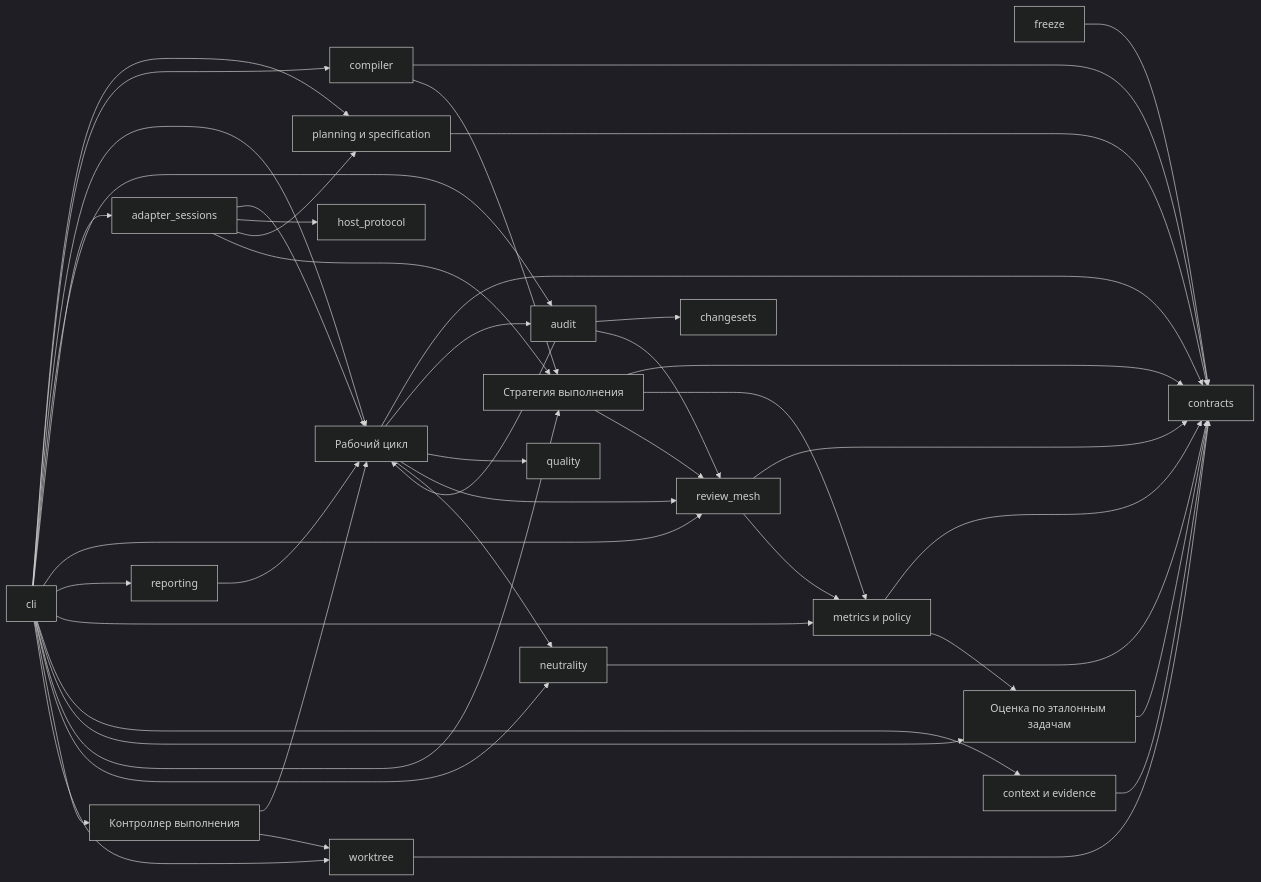
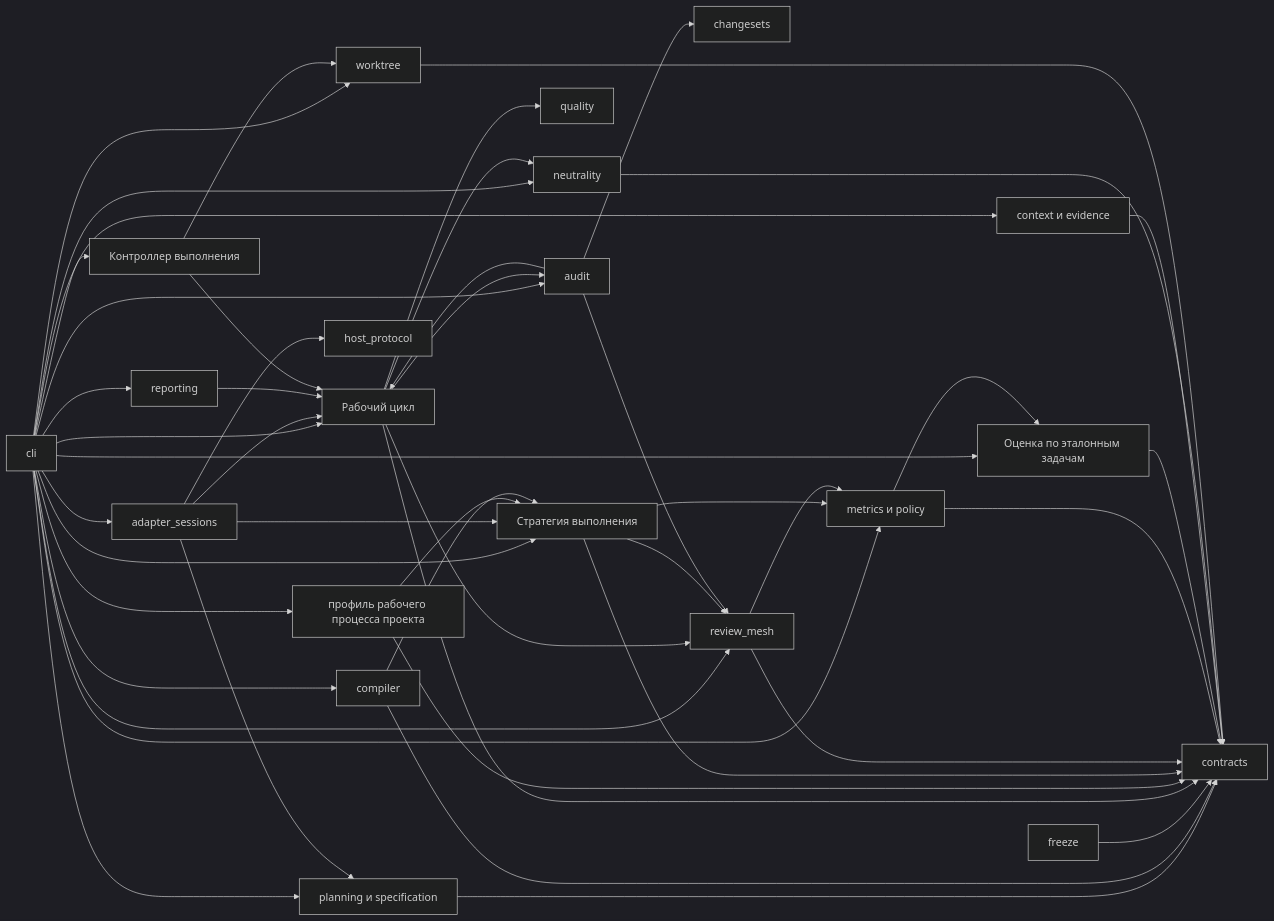
Before and after one commit to avksp/agent-lifecycle-kit: the fourth of 15 diagrams in docs/ru/architecture/system-architecture.md, drawn with Mermaid (dark theme). The commit also changed other lines of this file and 61 other files, not shown here.

Commit message:
feat: add project workflow profiles

````diff
--- a/docs/ru/architecture/system-architecture.md
+++ b/docs/ru/architecture/system-architecture.md
@@ -172,68 +172,72 @@
 ```mermaid
 flowchart LR
   cli[cli]
   contracts[contracts]
   changesets[changesets]
   compiler[compiler]
   planning[planning и specification]
   freeze[freeze]
-  workflow[Рабочий цикл]
-  audit[audit]
-  adapter_sessions[adapter_sessions]
-  host_protocol[host_protocol]
+    workflow[Рабочий цикл]
+    audit[audit]
+    adapter_sessions[adapter_sessions]
+    project_profile[профиль рабочего процесса проекта]
+    host_protocol[host_protocol]
   review_mesh[review_mesh]
   reporting[reporting]
   metrics[metrics и policy]
   context[context и evidence]
   quality[quality]
   strategy[Стратегия выполнения]
   benchmarks[Оценка по эталонным задачам]
   neutrality[neutrality]
   runner[Контроллер выполнения]
   worktree[worktree]
 
   cli --> planning
   cli --> compiler
   cli --> workflow
   cli --> audit
   cli --> adapter_sessions
+  cli --> project_profile
   cli --> review_mesh
   cli --> reporting
   cli --> metrics
   cli --> context
   cli --> benchmarks
   cli --> strategy
   cli --> neutrality
   cli --> runner
   cli --> worktree
   planning --> contracts
   compiler --> contracts
   freeze --> contracts
   workflow --> contracts
   workflow --> audit
   workflow --> quality
   workflow --> review_mesh
   workflow --> neutrality
   adapter_sessions --> workflow
   adapter_sessions --> host_protocol
   adapter_sessions --> planning
   adapter_sessions --> strategy
+  project_profile --> contracts
+  project_profile --> strategy
   compiler --> strategy
   strategy --> contracts
   strategy --> metrics
   strategy --> review_mesh
   review_mesh --> contracts
   review_mesh --> metrics
   audit --> workflow
   audit --> changesets
   audit --> review_mesh
   reporting --> workflow
   metrics --> contracts
   benchmarks --> contracts
   metrics --> benchmarks
   context --> contracts
   neutrality --> contracts
   runner --> workflow
   runner --> worktree
   worktree --> contracts
 ```
````
